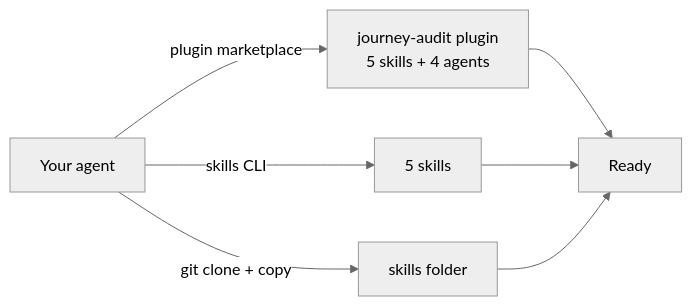
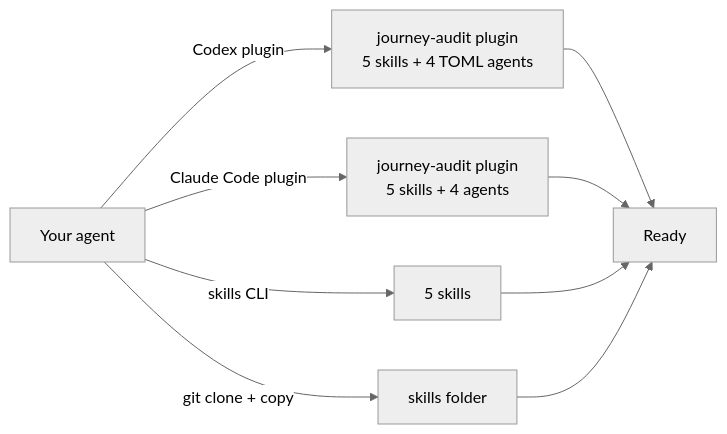
One commit to aleksandrermolov87-cloud/journey-audit changed the first of 6 diagrams in docs/GUIDE.md. Above: the diagram before and after it, drawn with Mermaid (neutral theme). The commit also changed other lines of this file and 26 other files, not shown here.

Commit message:
Codex plugin, Codex custom agents, validated Claude Code plugin (1.1.0)

````diff
--- a/docs/GUIDE.md
+++ b/docs/GUIDE.md
@@ -33,9 +33,11 @@
 ```mermaid
 flowchart LR
-    A[Your agent] -->|plugin marketplace| P[journey-audit plugin<br/>5 skills + 4 agents]
+    A[Your agent] -->|Claude Code plugin| P[journey-audit plugin<br/>5 skills + 4 agents]
+    A -->|Codex plugin| X[journey-audit plugin<br/>5 skills + 4 TOML agents]
+    X --> R
     A -->|skills CLI| S[5 skills]
     A -->|git clone + copy| M[skills folder]
     P --> R[Ready]
     S --> R
     M --> R
 ```
````
